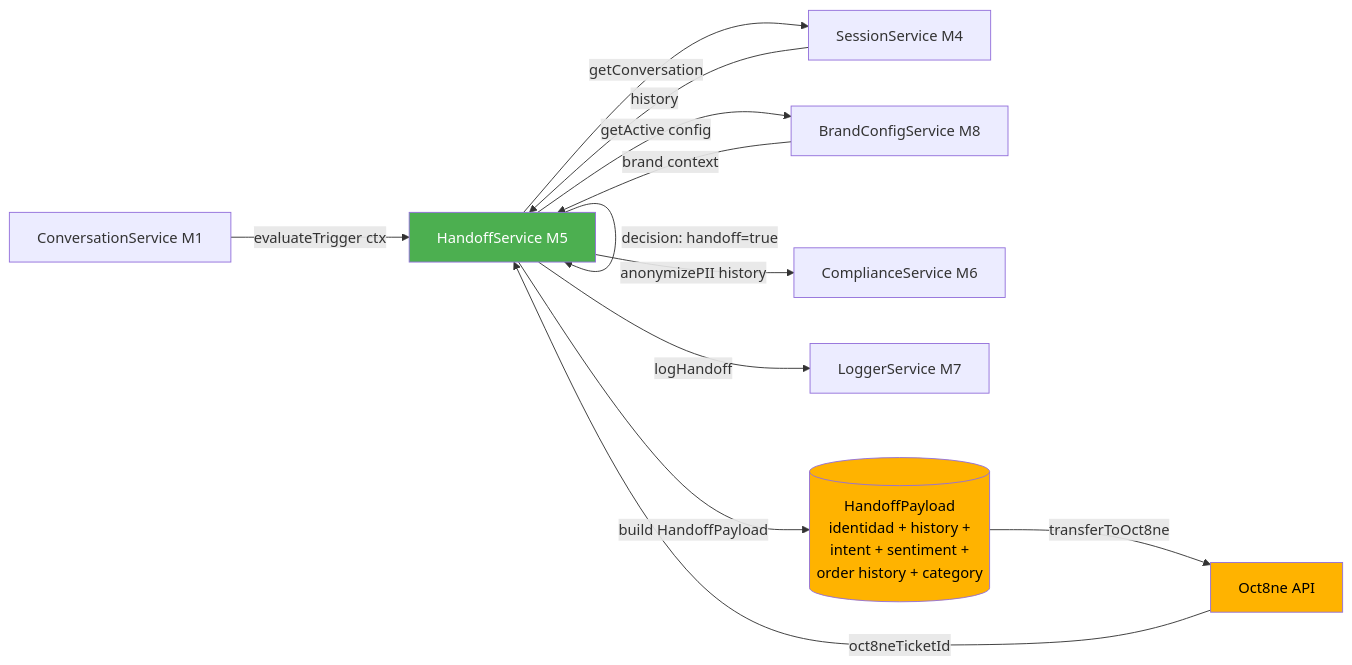
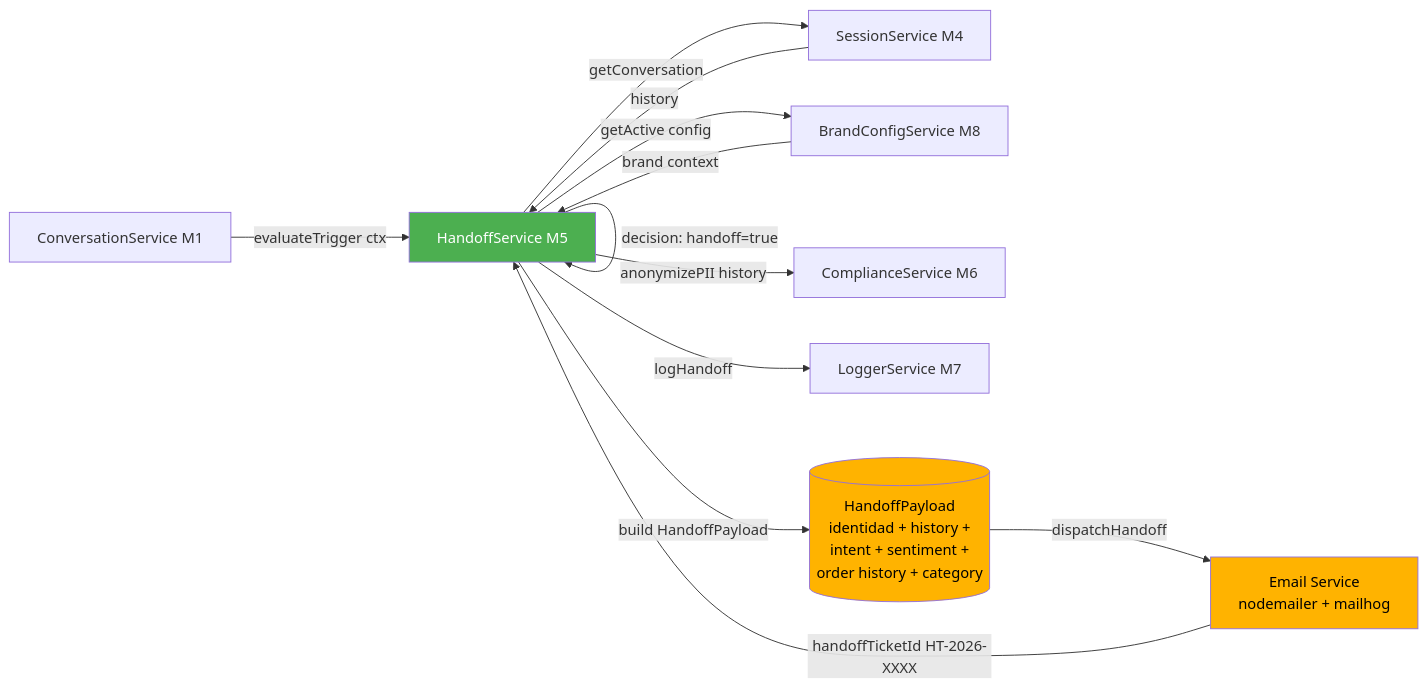
The second of 3 diagrams in ai-dlc/aidlc-docs/inception/application-design/component-dependency.md (JohanSosaDev/Shopper_Assistant_chatboot), drawn with Mermaid before and after one commit. The commit also changed other lines of this file and 14 other files, not shown here.

````diff
--- a/ai-dlc/aidlc-docs/inception/application-design/component-dependency.md
+++ b/ai-dlc/aidlc-docs/inception/application-design/component-dependency.md
@@ -117,23 +116,23 @@
 ```mermaid
 flowchart LR
     M1[ConversationService M1] -->|evaluateTrigger ctx| M5[HandoffService M5]
     M5 -->|decision: handoff=true| M5
 
     M5 -->|getConversation| M4[SessionService M4]
     M4 -->|history| M5
 
     M5 -->|getActive config| M8[BrandConfigService M8]
     M8 -->|brand context| M5
 
     M5 -->|build HandoffPayload| Payload[(HandoffPayload<br/>identidad + history +<br/>intent + sentiment +<br/>order history + category)]
 
-    Payload -->|transferToOct8ne| Oct8[Oct8ne API]
-    Oct8 -->|oct8neTicketId| M5
+    Payload -->|dispatchHandoff| Email[Email Service<br/>nodemailer + mailhog]
+    Email -->|handoffTicketId HT-2026-XXXX| M5
 
     M5 -->|anonymizePII history| M6[ComplianceService M6]
     M5 -->|logHandoff| M7[LoggerService M7]
 
     style M5 fill:#4CAF50,color:#fff
     style Payload fill:#FFB300,color:#000
-    style Oct8 fill:#FFB300,color:#000
+    style Email fill:#FFB300,color:#000
 ```
````
